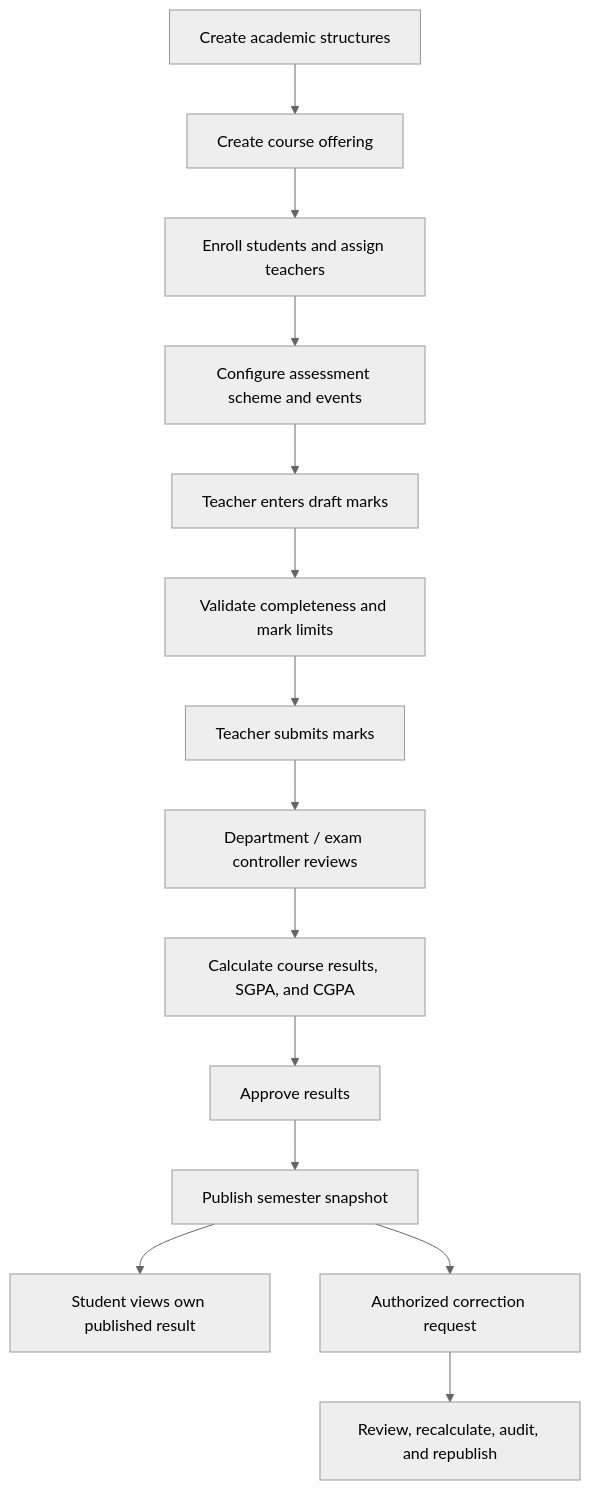
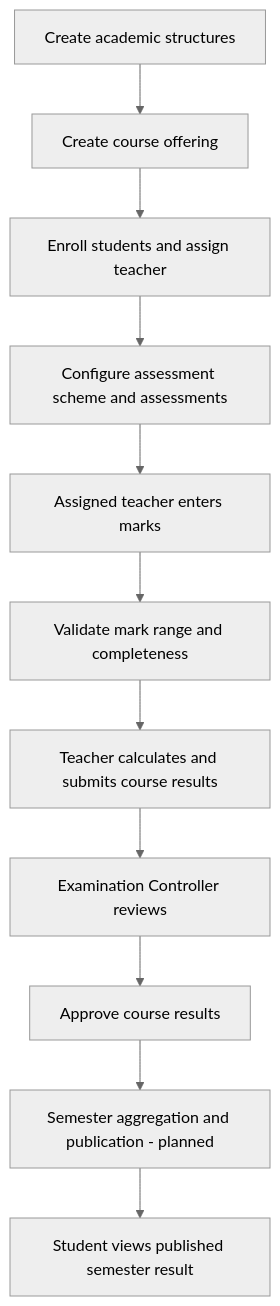
Before and after one commit to onnnoy/scholix-university: the diagram in docs/RESULT_WORKFLOW.md, drawn with Mermaid (neutral theme). The commit also changed other lines of this file, not shown here.

Commit message:
Document implemented teacher grading and result approval flow

````diff
--- a/docs/RESULT_WORKFLOW.md
+++ b/docs/RESULT_WORKFLOW.md
@@ -5,16 +5,13 @@
 ```mermaid
 flowchart TD
   A[Create academic structures] --> B[Create course offering]
-  B --> C[Enroll students and assign teachers]
-  C --> D[Configure assessment scheme and events]
-  D --> E[Teacher enters draft marks]
-  E --> F[Validate completeness and mark limits]
-  F --> G[Teacher submits marks]
-  G --> H[Department / exam controller reviews]
-  H --> I[Calculate course results, SGPA, and CGPA]
-  I --> J[Approve results]
-  J --> K[Publish semester snapshot]
-  K --> L[Student views own published result]
-  K --> M[Authorized correction request]
-  M --> N[Review, recalculate, audit, and republish]
+  B --> C[Enroll students and assign teacher]
+  C --> D[Configure assessment scheme and assessments]
+  D --> E[Assigned teacher enters marks]
+  E --> F[Validate mark range and completeness]
+  F --> G[Teacher calculates and submits course results]
+  G --> H[Examination Controller reviews]
+  H --> I[Approve course results]
+  I --> J[Semester aggregation and publication - planned]
+  J --> K[Student views published semester result]
 ```
````
